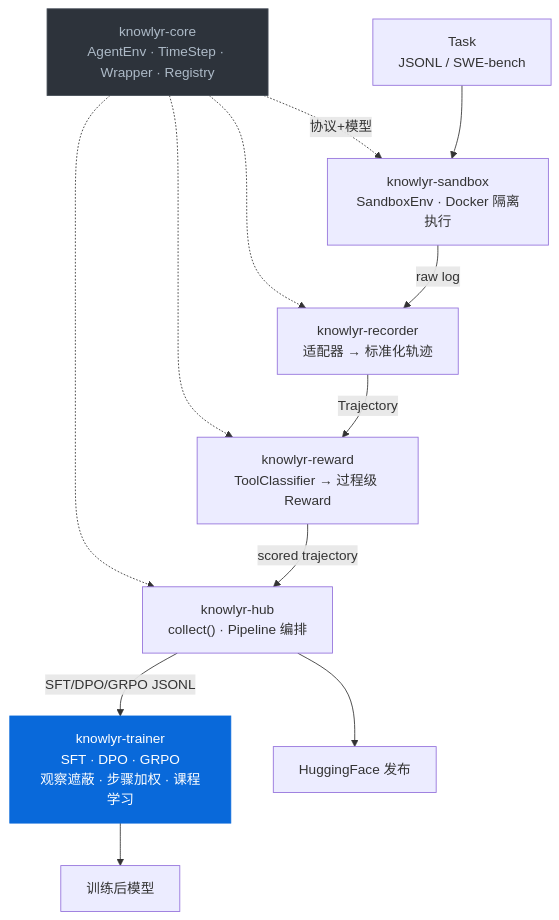
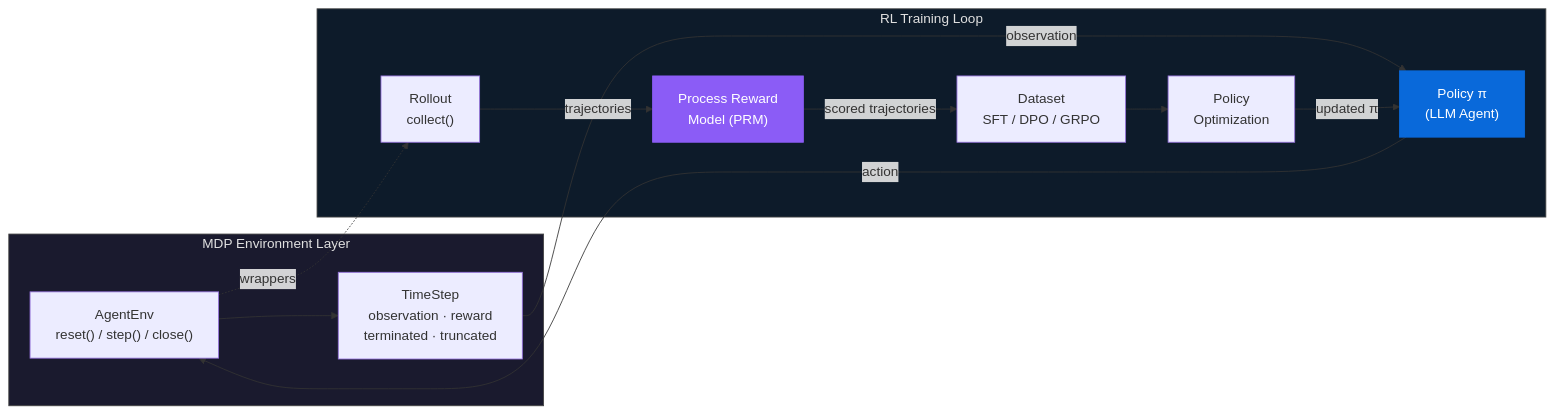
The first of 2 diagrams in README.md (liuxiaotong/knowlyr-agent), drawn with Mermaid before and after one commit. The commit also changed other lines of this file, not shown here.

First line of the commit message:
docs: restructure README as RL environment-centric framework

````diff
--- a/README.md
+++ b/README.md
@@ -42,17 +30,29 @@
 ```mermaid
-graph TD
-    C["knowlyr-core<br/>AgentEnv · TimeStep · Wrapper · Registry"] -.->|协议+模型| S
-    C -.-> R
-    C -.-> W
-    C -.-> H
-    T["Task<br/>JSONL / SWE-bench"] --> S["knowlyr-sandbox<br/>SandboxEnv · Docker 隔离执行"]
-    S -->|raw log| R["knowlyr-recorder<br/>适配器 → 标准化轨迹"]
-    R -->|Trajectory| W["knowlyr-reward<br/>ToolClassifier → 过程级 Reward"]
-    W -->|scored trajectory| H["knowlyr-hub<br/>collect() · Pipeline 编排"]
-    H -->|SFT/DPO/GRPO JSONL| TR["knowlyr-trainer<br/>SFT · DPO · GRPO<br/>观察遮蔽 · 步骤加权 · 课程学习"]
-    H --> O3["HuggingFace 发布"]
-    TR --> M["训练后模型"]
+graph LR
+    subgraph MDP["MDP Environment Layer"]
+        ENV["AgentEnv<br/>reset() / step() / close()"]
+        TS["TimeStep<br/>observation · reward<br/>terminated · truncated"]
+        ENV --> TS
+    end
 
-    style C fill:#2d333b,color:#adbac7,stroke:#444c56
-    style TR fill:#0969da,color:#fff,stroke:#0969da
+    subgraph RL["RL Training Loop"]
+        PI["Policy π<br/>(LLM Agent)"]
+        COL["Rollout<br/>collect()"]
+        RM["Process Reward<br/>Model (PRM)"]
+        EXP["Dataset<br/>SFT / DPO / GRPO"]
+        OPT["Policy<br/>Optimization"]
+    end
+
+    PI -->|action| ENV
+    TS -->|observation| PI
+    COL -->|trajectories| RM
+    RM -->|scored trajectories| EXP
+    EXP --> OPT
+    OPT -->|updated π| PI
+    ENV -.->|wrappers| COL
+
+    style MDP fill:#1a1a2e,color:#e0e0e0,stroke:#444
+    style RL fill:#0d1b2a,color:#e0e0e0,stroke:#444
+    style PI fill:#0969da,color:#fff,stroke:#0969da
+    style RM fill:#8b5cf6,color:#fff,stroke:#8b5cf6
 ```
````
